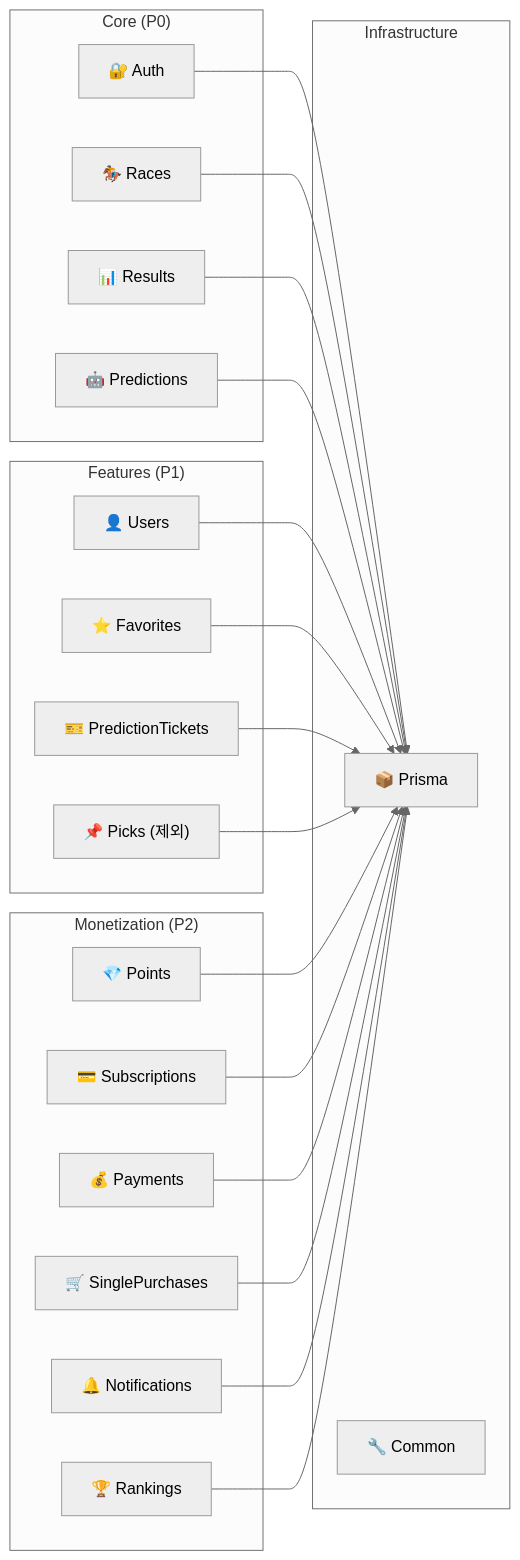
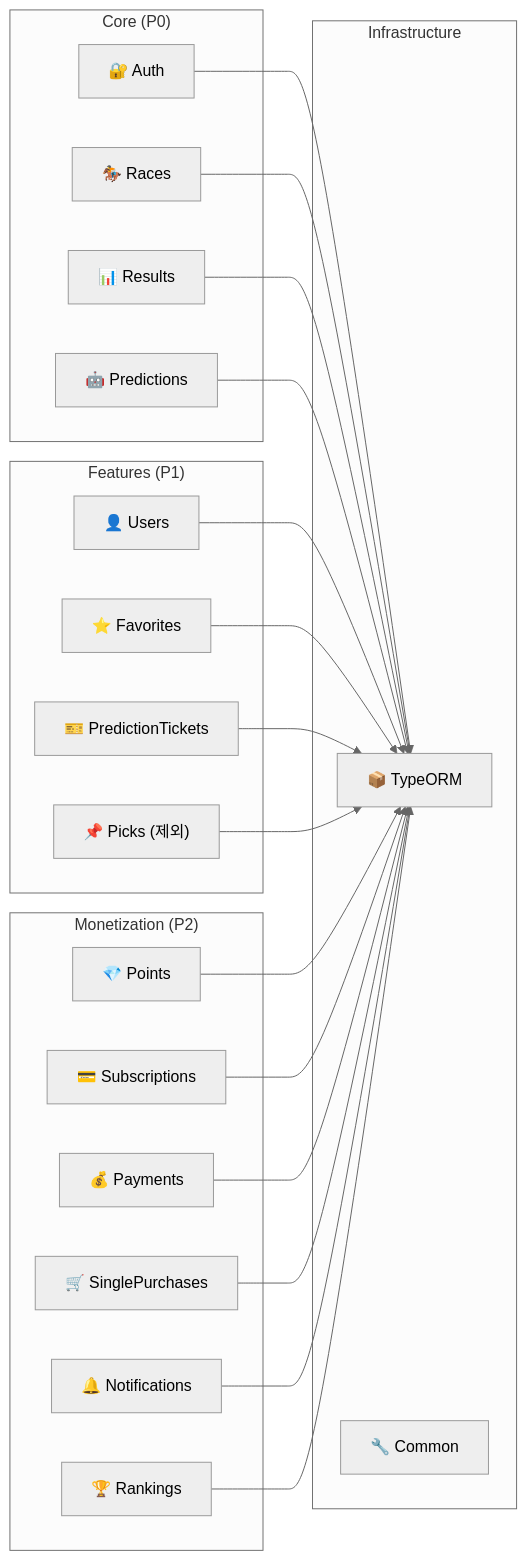
One commit to odds-center/oddscast changed the second of 3 diagrams in docs/architecture/ARCHITECTURE.md. Above: the diagram before and after it, drawn with Mermaid (neutral theme). The commit also changed other lines of this file and 453 other files, not shown here.

First line of the commit message:
feat: race status client guard (WebApp+Admin), KRA race-end sync cron, results by ordInt/ordType only, admin error retry

````diff
--- a/docs/architecture/ARCHITECTURE.md
+++ b/docs/architecture/ARCHITECTURE.md
@@ -72,45 +72,45 @@
 ```mermaid
 graph LR
     subgraph "Core (P0)"
         Auth["🔐 Auth"]
         Races["🏇 Races"]
         Results["📊 Results"]
         Predictions["🤖 Predictions"]
     end
 
     subgraph "Features (P1)"
         Users["👤 Users"]
         Favorites["⭐ Favorites"]
         Tickets["🎫 PredictionTickets"]
         Picks["📌 Picks (제외)"]
     end
 
     subgraph "Monetization (P2)"
         Points["💎 Points"]
         Subscriptions["💳 Subscriptions"]
         Payments["💰 Payments"]
         SinglePurchases["🛒 SinglePurchases"]
         Notifications["🔔 Notifications"]
         Rankings["🏆 Rankings"]
     end
 
     subgraph "Infrastructure"
-        Prisma["📦 Prisma"]
+        TypeORM["📦 TypeORM"]
         Common["🔧 Common"]
     end
 
-    Auth --> Prisma
-    Races --> Prisma
-    Results --> Prisma
-    Predictions --> Prisma
-    Users --> Prisma
-    Favorites --> Prisma
-    Tickets --> Prisma
-    Picks --> Prisma
-    Points --> Prisma
-    Subscriptions --> Prisma
-    Payments --> Prisma
-    SinglePurchases --> Prisma
-    Notifications --> Prisma
-    Rankings --> Prisma
+    Auth --> TypeORM
+    Races --> TypeORM
+    Results --> TypeORM
+    Predictions --> TypeORM
+    Users --> TypeORM
+    Favorites --> TypeORM
+    Tickets --> TypeORM
+    Picks --> TypeORM
+    Points --> TypeORM
+    Subscriptions --> TypeORM
+    Payments --> TypeORM
+    SinglePurchases --> TypeORM
+    Notifications --> TypeORM
+    Rankings --> TypeORM
 ```
````
